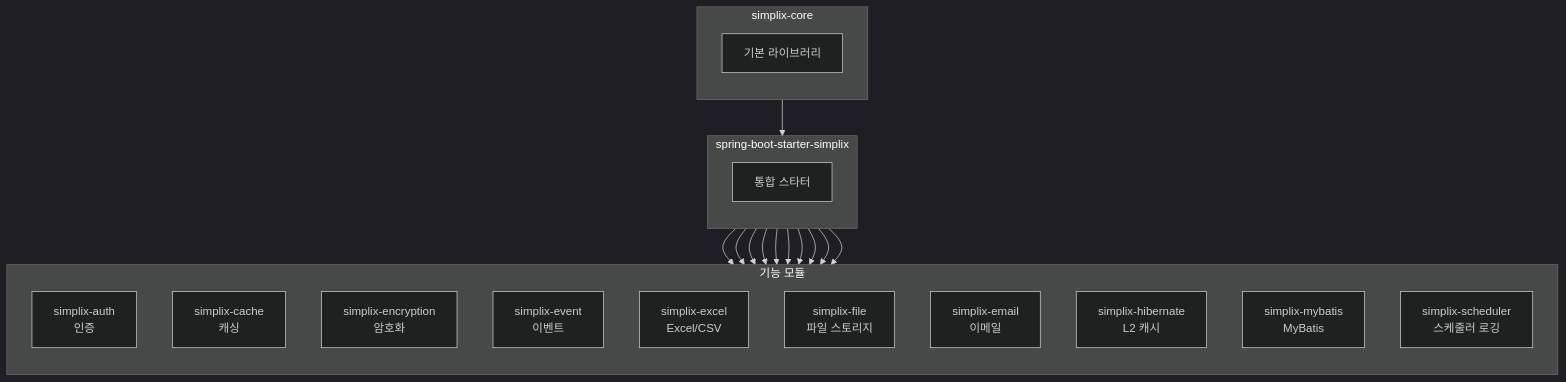
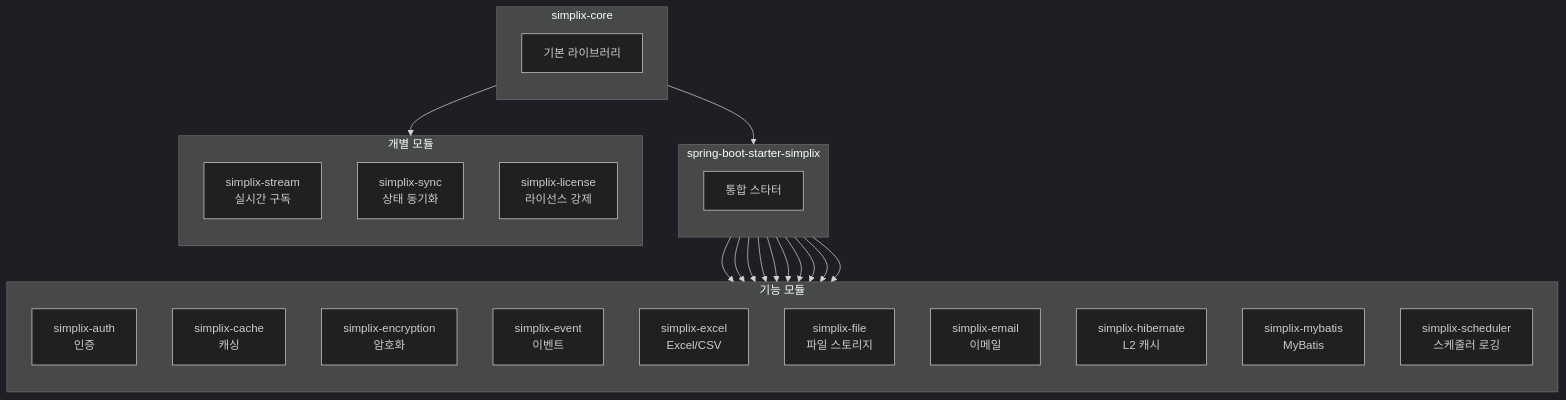
One commit to simplecore-inc/simplix changed the diagram in docs/ko/README.md. Above: the diagram before and after it, drawn with Mermaid (dark theme). The commit also changed other lines of this file and 53 other files, not shown here.

````diff
--- a/docs/ko/README.md
+++ b/docs/ko/README.md
@@ -143,38 +151,46 @@
 ```mermaid
 flowchart TB
     subgraph core["simplix-core"]
         direction TB
         C[기본 라이브러리]
     end
 
     subgraph starter["spring-boot-starter-simplix"]
         direction TB
         S[통합 스타터]
     end
 
     subgraph modules["기능 모듈"]
         direction TB
         AUTH[simplix-auth<br/>인증]
         CACHE[simplix-cache<br/>캐싱]
         ENC[simplix-encryption<br/>암호화]
         EVENT[simplix-event<br/>이벤트]
         EXCEL[simplix-excel<br/>Excel/CSV]
         FILE[simplix-file<br/>파일 스토리지]
         EMAIL[simplix-email<br/>이메일]
         HIB[simplix-hibernate<br/>L2 캐시]
         MYBATIS[simplix-mybatis<br/>MyBatis]
         SCHED[simplix-scheduler<br/>스케줄러 로깅]
     end
 
+    subgraph standalone["개별 모듈"]
+        direction TB
+        STREAM[simplix-stream<br/>실시간 구독]
+        SYNC[simplix-sync<br/>상태 동기화]
+        LICENSE[simplix-license<br/>라이선스 강제]
+    end
+
+    core --> standalone
     core --> starter
     starter --> AUTH
     starter --> CACHE
     starter --> ENC
     starter --> EVENT
     starter --> EXCEL
     starter --> FILE
     starter --> EMAIL
     starter --> HIB
     starter --> MYBATIS
     starter --> SCHED
 ```
````
